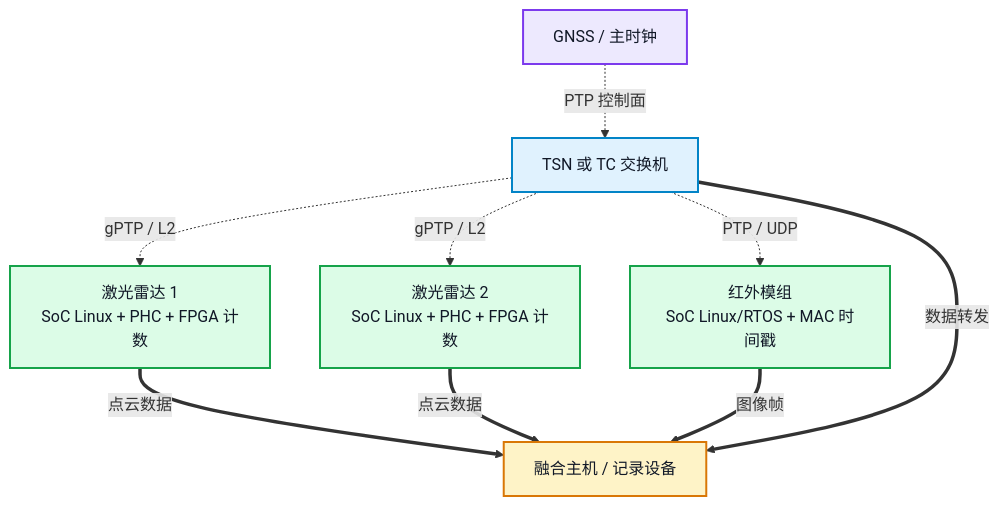
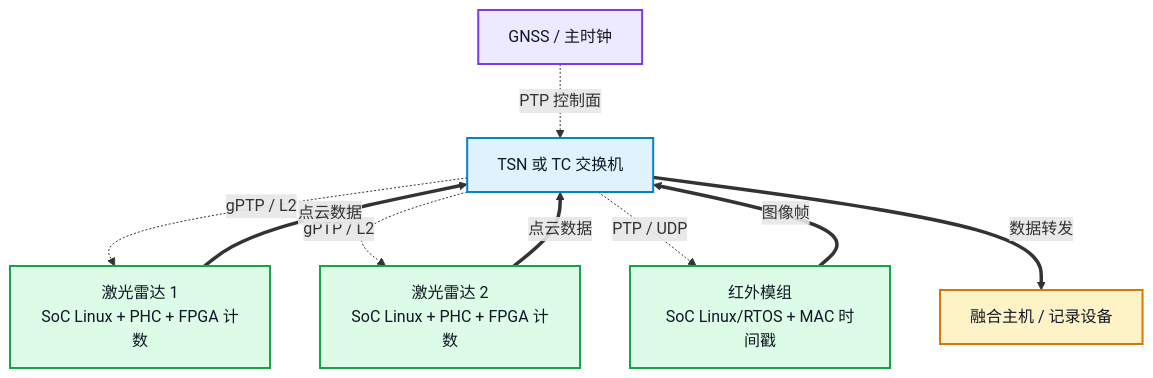
One commit to DeguiLiu/tech-notes changed the fifth of 5 diagrams in content/posts/architecture/ptp_network_module_design.md. Above: the diagram before and after it, drawn with Mermaid. The commit also changed other lines of this file, not shown here.

````diff
--- a/content/posts/architecture/ptp_network_module_design.md
+++ b/content/posts/architecture/ptp_network_module_design.md
@@ -490,27 +537,27 @@
 ```mermaid
 flowchart TB
     GM["GNSS / 主时钟"]
     SW["TSN 或 TC 交换机"]
     L1["激光雷达 1<br/>SoC Linux + PHC + FPGA 计数"]
     L2["激光雷达 2<br/>SoC Linux + PHC + FPGA 计数"]
     IR["红外模组<br/>SoC Linux/RTOS + MAC 时间戳"]
     HOST["融合主机 / 记录设备"]
 
     GM -.->|"PTP 控制面"| SW
     SW -.->|"gPTP / L2"| L1
     SW -.->|"gPTP / L2"| L2
     SW -.->|"PTP / UDP"| IR
-    L1 ==>|"点云数据"| HOST
-    L2 ==>|"点云数据"| HOST
-    IR ==>|"图像帧"| HOST
+    L1 ==>|"点云数据"| SW
+    L2 ==>|"点云数据"| SW
+    IR ==>|"图像帧"| SW
     SW ==>|"数据转发"| HOST
 
     classDef master fill:#ede9fe,stroke:#7c3aed,stroke-width:2px,color:#111827
     classDef net fill:#e0f2fe,stroke:#0284c7,stroke-width:2px,color:#111827
     classDef sensor fill:#dcfce7,stroke:#16a34a,stroke-width:2px,color:#111827
     classDef host fill:#fef3c7,stroke:#d97706,stroke-width:2px,color:#111827
     class GM master
     class SW net
     class L1,L2,IR sensor
     class HOST host
 ```
````
